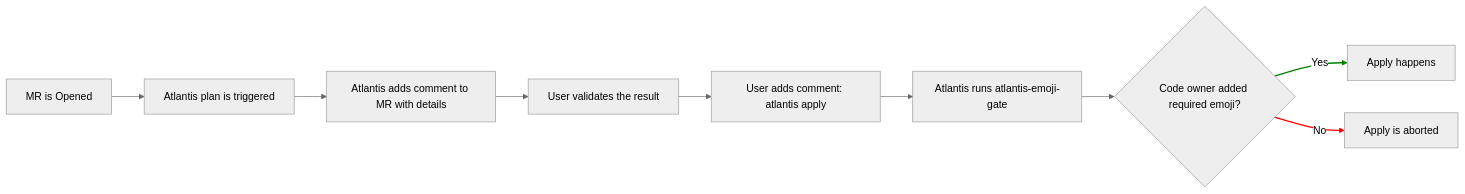
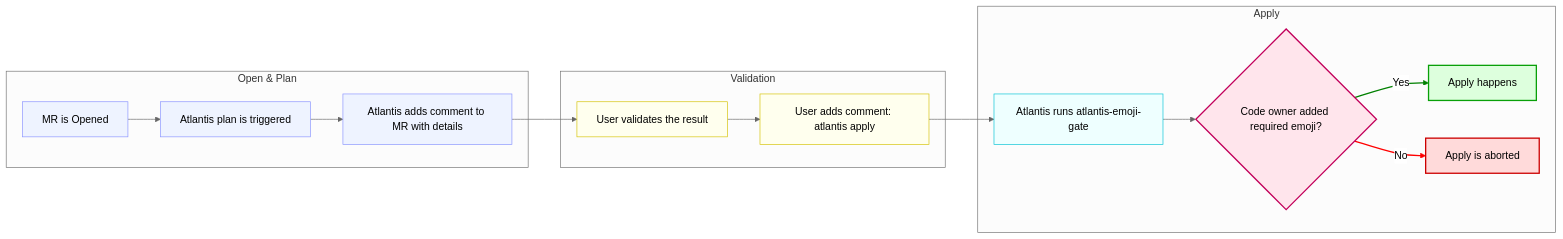
One commit to shini4i/atlantis-emoji-gate changed the diagram in README.md. Above: the diagram before and after it, drawn with Mermaid (neutral theme).

Commit message:
docs: improve mermaid diagram

````diff
--- a/README.md
+++ b/README.md
@@ -23,15 +23,36 @@
 ```mermaid
 graph LR
-    A[MR is Opened] --> B[Atlantis plan is triggered]
-    B --> C[Atlantis adds comment to MR with details]
-    C --> D[User validates the result]
-    D --> E[User adds comment: atlantis apply]
-    E --> F[Atlantis runs atlantis-emoji-gate]
-    F --> G{Code owner added required emoji?}
-    G -->|Yes| H[Apply happens]
-    G -->|No| I[Apply is aborted]
 
-%% Style links
+    subgraph "Open & Plan"
+        A[MR is Opened] --> B[Atlantis plan is triggered]
+        B --> C[Atlantis adds comment to MR with details]
+    end
+
+    subgraph "Validation"
+        C --> D[User validates the result]
+        D --> E[User adds comment: atlantis apply]
+    end
+
+    subgraph "Apply"
+        E --> F[Atlantis runs atlantis-emoji-gate]
+        F --> G{Code owner added required emoji?}
+        G -->|Yes| H[Apply happens]
+        G -->|No| I[Apply is aborted]
+    end
+
+%% Style the nodes
+    style A fill:#EEF3FF,stroke:#8892FF,stroke-width:1px,color:#000
+    style B fill:#EEF3FF,stroke:#8892FF,stroke-width:1px,color:#000
+    style C fill:#EEF3FF,stroke:#8892FF,stroke-width:1px,color:#000
+    style D fill:#FFFFEE,stroke:#D4C200,stroke-width:1px,color:#000
+    style E fill:#FFFFEE,stroke:#D4C200,stroke-width:1px,color:#000
+    style F fill:#EEFFFF,stroke:#00C2D4,stroke-width:1px,color:#000
+    style G fill:#FFE5EC,stroke:#C2005B,stroke-width:2px,color:#000
+    style H fill:#DDFFDD,stroke:#09A009,stroke-width:2px,color:#000
+    style I fill:#FFDADA,stroke:#CC0000,stroke-width:2px,color:#000
+
+%% Style specific links (6 and 7 from the original diagram)
     linkStyle 6 stroke:green,stroke-width:2px
     linkStyle 7 stroke:red,stroke-width:2px
+
 ```
````
